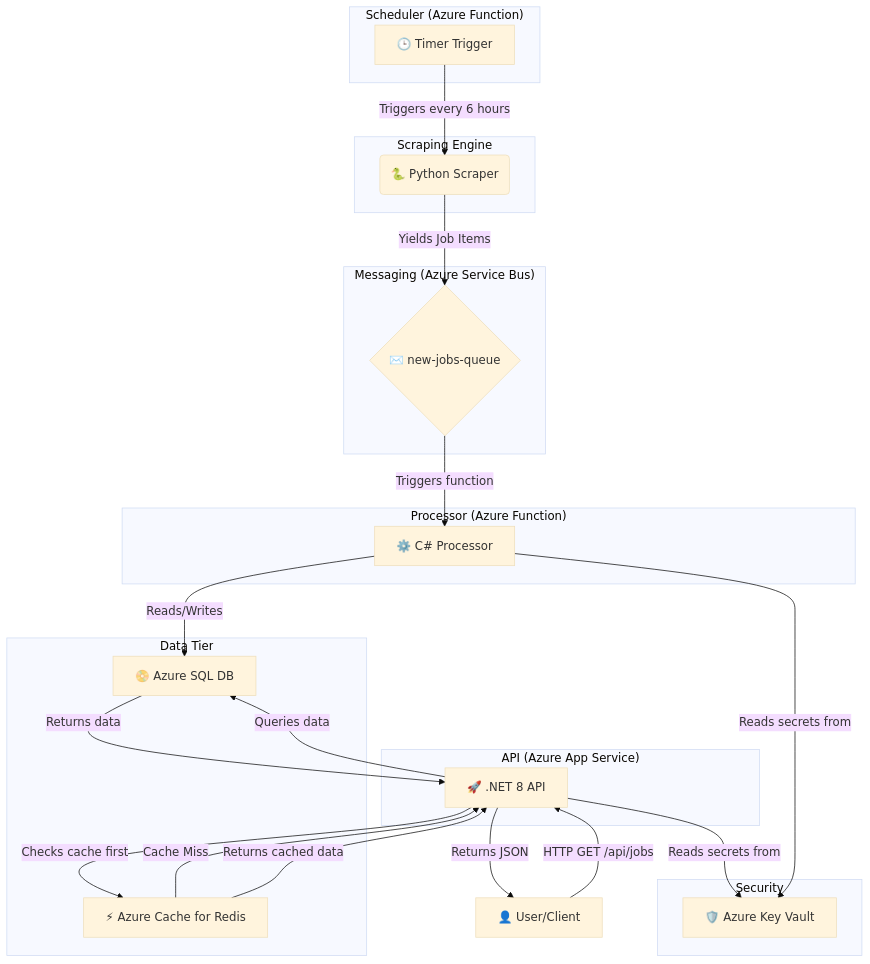
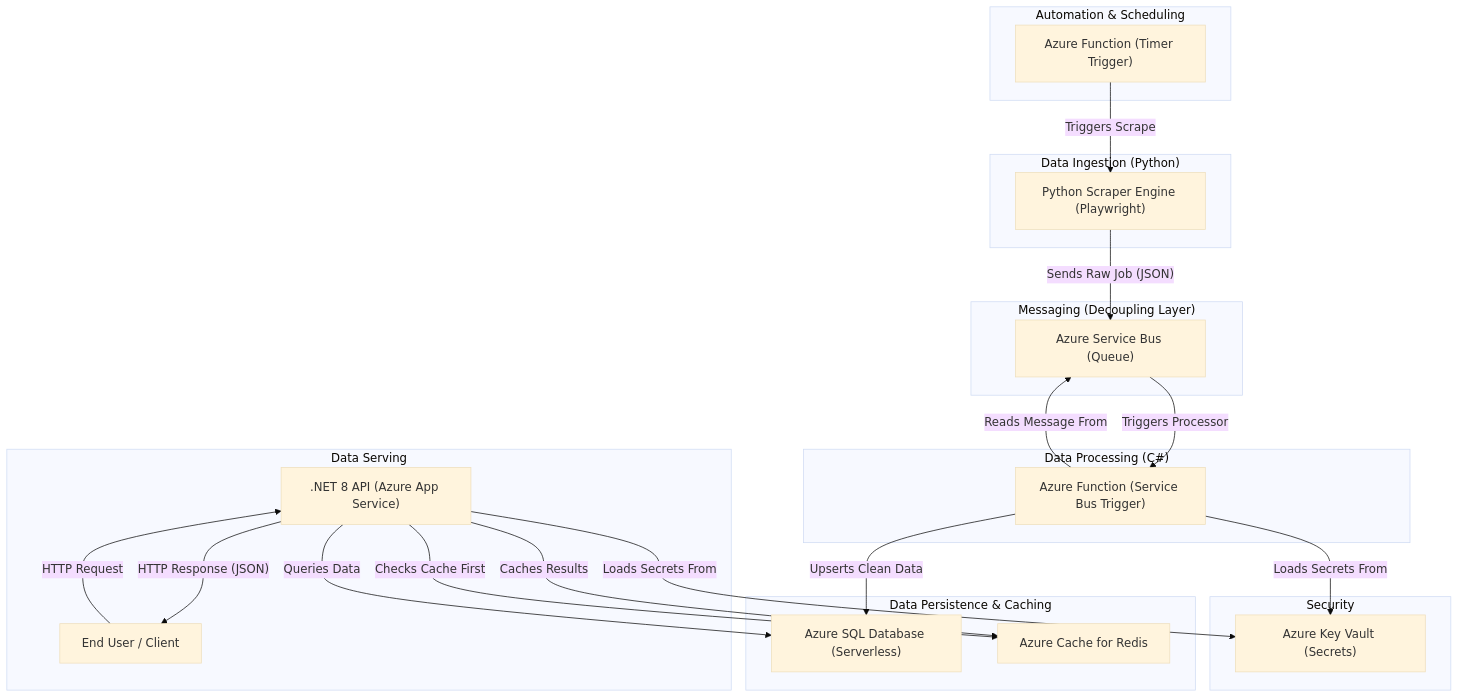
One commit to Intangible-pg18/Jobvago changed the diagram in README.md. Above: the diagram before and after it, drawn with Mermaid (base theme). The commit also changed other lines of this file, not shown here.

````diff
--- a/README.md
+++ b/README.md
@@ -23,48 +13,45 @@
 ```mermaid
 graph TD
-    subgraph "Scheduler (Azure Function)"
-        A[🕒 Timer Trigger]
+    subgraph "Automation & Scheduling"
+        A["Azure Function (Timer Trigger)"]
     end
 
-    subgraph "Scraping Engine"
-        B(🐍 Python Scraper)
+    subgraph "Data Ingestion (Python)"
+        B["Python Scraper Engine (Playwright)"]
     end
 
-    subgraph "Messaging (Azure Service Bus)"
-        C{✉️ new-jobs-queue}
+    subgraph "Messaging (Decoupling Layer)"
+        C["Azure Service Bus (Queue)"]
     end
 
-    subgraph "Processor (Azure Function)"
-        D[⚙️ C# Processor]
+    subgraph "Data Processing (C#)"
+        D["Azure Function (Service Bus Trigger)"]
     end
 
-    subgraph "Data Tier"
-        E[📀 Azure SQL DB]
-        F[⚡ Azure Cache for Redis]
+    subgraph "Data Persistence & Caching"
+        E["Azure SQL Database (Serverless)"]
+        F["Azure Cache for Redis"]
     end
 
-    subgraph "API (Azure App Service)"
-        G[🚀 .NET 8 API]
+    subgraph "Data Serving"
+        G[" .NET 8 API (Azure App Service)"]
+        H["End User / Client"]
     end
 
     subgraph "Security"
-        H[🛡️ Azure Key Vault]
+        I["Azure Key Vault (Secrets)"]
     end
 
-    U[👤 User/Client]
-
-    A -- "Triggers every 6 hours" --> B
-    B -- "Yields Job Items" --> C
-    C -- "Triggers function" --> D
-    D -- "Reads/Writes" --> E
-    U -- "HTTP GET /api/jobs" --> G
-    G -- "Checks cache first" --> F
-    F -- "Cache Miss" --> G
-    G -- "Queries data" --> E
-    E -- "Returns data" --> G
-    F -- "Returns cached data" --> G
-    G -- "Returns JSON" --> U
-    
-    G -- "Reads secrets from" --> H
-    D -- "Reads secrets from" --> H
+    A -- "Triggers Scrape" --> B
+    B -- "Sends Raw Job (JSON)" --> C
+    C -- "Triggers Processor" --> D
+    D -- "Reads Message From" --> C
+    D -- "Upserts Clean Data" --> E
+    G -- "Queries Data" --> E
+    G -- "Caches Results" --> F
+    G -- "Checks Cache First" --> F
+    H -- "HTTP Request" --> G
+    G -- "HTTP Response (JSON)" --> H
+    G -- "Loads Secrets From" --> I
+    D -- "Loads Secrets From" --> I
 ```
````
